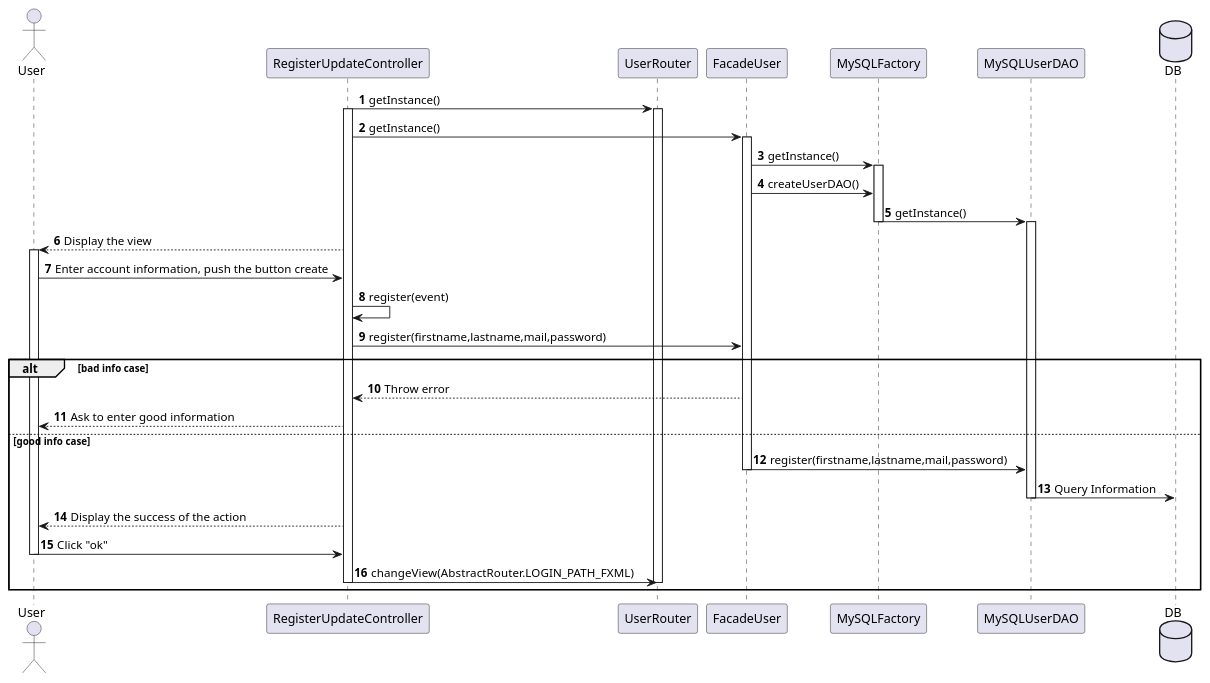
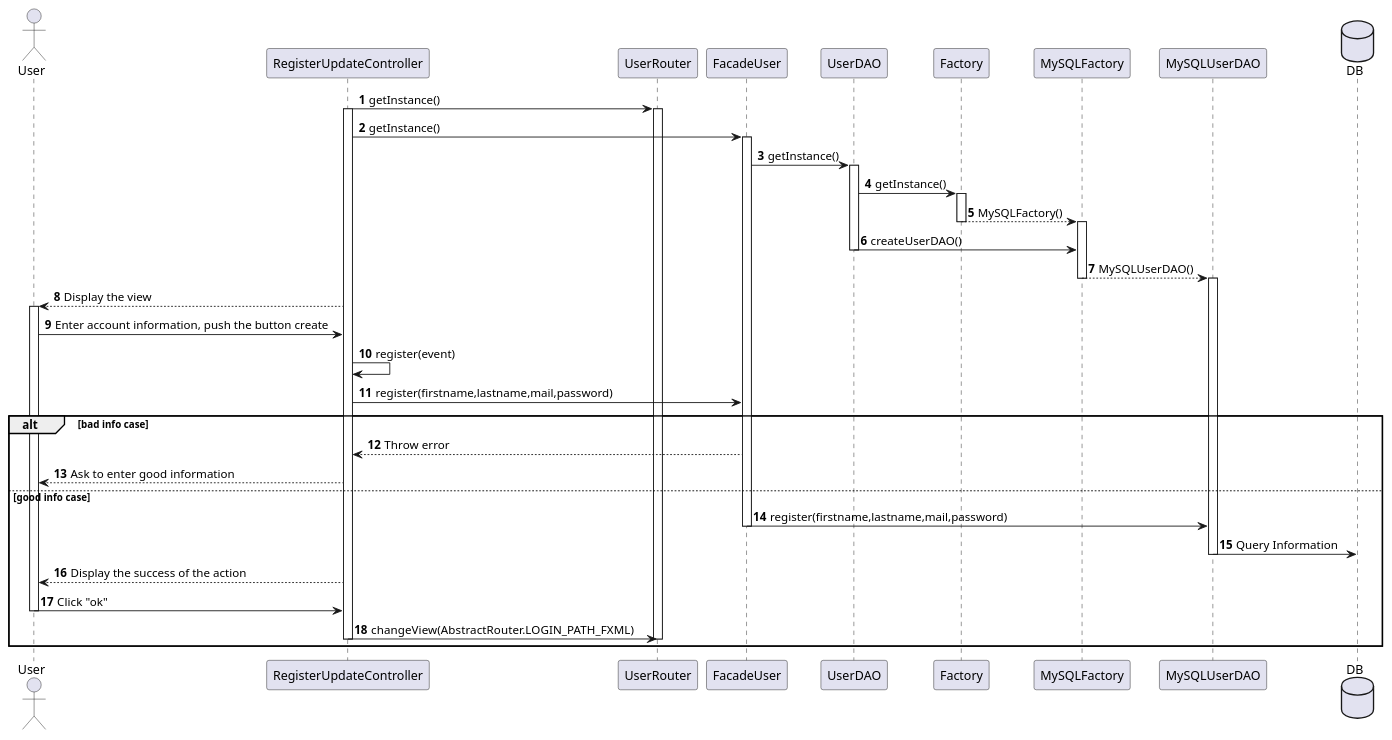
One commit to guiguie34/StudEasy changed the diagram in project_diagrams/sequenceDiagrams/userManagement.puml. Above: the diagram before and after it, drawn with PlantUML. The commit also changed 2 other files, not shown here.

Commit message:
Fix : my sequence diagrams (user/job/feedback)

```diff
--- a/project_diagrams/sequenceDiagrams/userManagement.puml
+++ b/project_diagrams/sequenceDiagrams/userManagement.puml
@@ -1,36 +1,42 @@
 @startuml
 autonumber
 actor User
 RegisterUpdateController -> UserRouter : getInstance()
 activate RegisterUpdateController
 activate UserRouter
 RegisterUpdateController -> FacadeUser : getInstance()
 activate FacadeUser
-FacadeUser -> MySQLFactory : getInstance()
+FacadeUser -> UserDAO : getInstance()
+activate UserDAO
+UserDAO -> Factory : getInstance()
+activate Factory
+Factory --> MySQLFactory :MySQLFactory()
+deactivate Factory
 activate MySQLFactory
-FacadeUser -> MySQLFactory : createUserDAO()
-MySQLFactory -> MySQLUserDAO : getInstance()
+UserDAO -> MySQLFactory : createUserDAO()
+deactivate UserDAO
+MySQLFactory --> MySQLUserDAO : MySQLUserDAO()
 deactivate MySQLFactory
 activate MySQLUserDAO
 RegisterUpdateController --> User : Display the view
 activate User
 User -> RegisterUpdateController : Enter account information, push the button create
 RegisterUpdateController -> RegisterUpdateController : register(event)
 RegisterUpdateController -> FacadeUser : register(firstname,lastname,mail,password)
 alt bad info case
     FacadeUser --> RegisterUpdateController : Throw error
     RegisterUpdateController --> User : Ask to enter good information
 else good info case
     FacadeUser -> MySQLUserDAO : register(firstname,lastname,mail,password)
     deactivate FacadeUser
     database DB
     MySQLUserDAO -> DB : Query Information
     deactivate MySQLUserDAO
     RegisterUpdateController --> User : Display the success of the action
     User -> RegisterUpdateController : Click "ok"
     deactivate User
     RegisterUpdateController -> UserRouter : changeView(AbstractRouter.LOGIN_PATH_FXML)
     deactivate RegisterUpdateController
     deactivate UserRouter
 end
 @enduml
```
